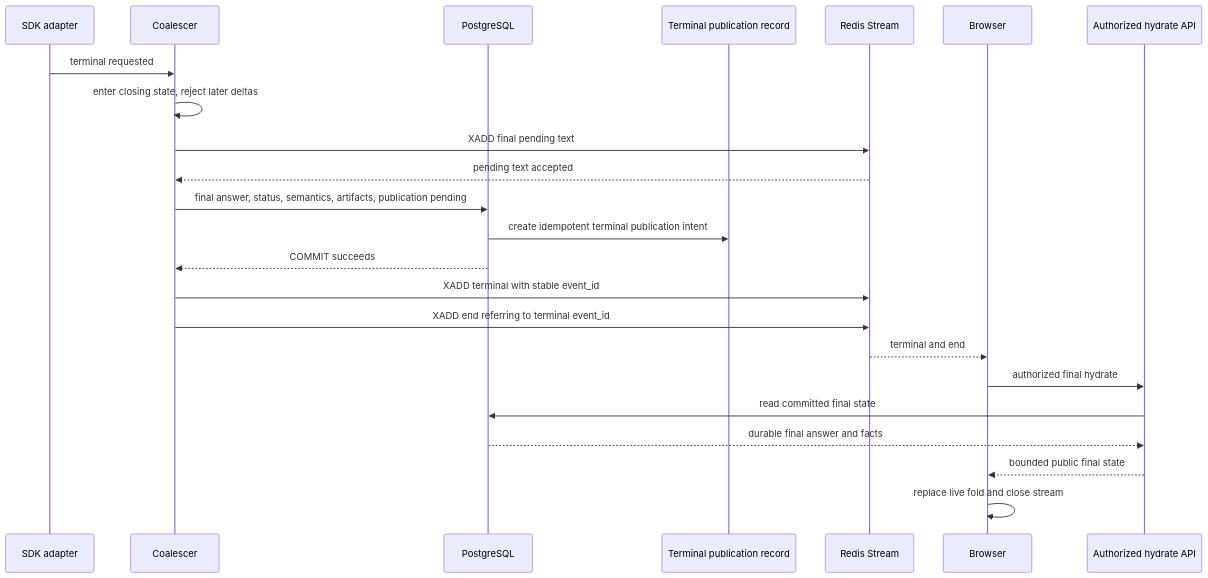
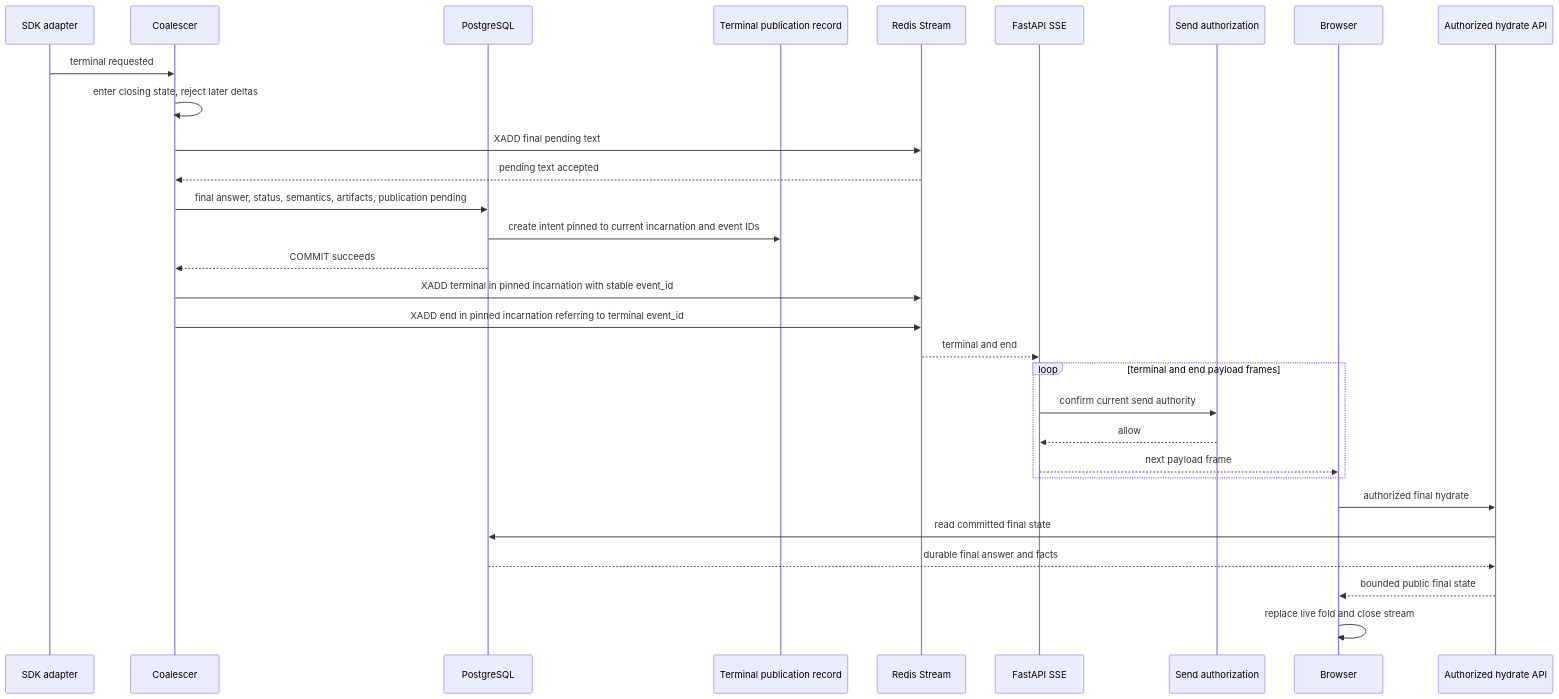
Before and after one commit to demonsxxxxxx/ai-platform: the fifth of 7 diagrams in docs/architecture/redis-streams-sse-event-channel.md, drawn with Mermaid. The commit also changed other lines of this file and 1 other file, not shown here.

Commit message:
docs: fence SSE replay by stream incarnation

````diff
--- a/docs/architecture/redis-streams-sse-event-channel.md
+++ b/docs/architecture/redis-streams-sse-event-channel.md
@@ -291,26 +311,33 @@
 ```mermaid
 sequenceDiagram
     participant SDK as SDK adapter
     participant C as Coalescer
     participant PG as PostgreSQL
     participant O as Terminal publication record
     participant R as Redis Stream
+    participant A as FastAPI SSE
+    participant Auth as Send authorization
     participant B as Browser
     participant H as Authorized hydrate API
 
     SDK->>C: terminal requested
     C->>C: enter closing state, reject later deltas
     C->>R: XADD final pending text
     R-->>C: pending text accepted
     C->>PG: final answer, status, semantics, artifacts, publication pending
-    PG->>O: create idempotent terminal publication intent
+    PG->>O: create intent pinned to current incarnation and event IDs
     PG-->>C: COMMIT succeeds
-    C->>R: XADD terminal with stable event_id
-    C->>R: XADD end referring to terminal event_id
-    R-->>B: terminal and end
+    C->>R: XADD terminal in pinned incarnation with stable event_id
+    C->>R: XADD end in pinned incarnation referring to terminal event_id
+    R-->>A: terminal and end
+    loop terminal and end payload frames
+        A->>Auth: confirm current send authority
+        Auth-->>A: allow
+        A-->>B: next payload frame
+    end
     B->>H: authorized final hydrate
     H->>PG: read committed final state
     PG-->>H: durable final answer and facts
     H-->>B: bounded public final state
     B->>B: replace live fold and close stream
 ```
````
